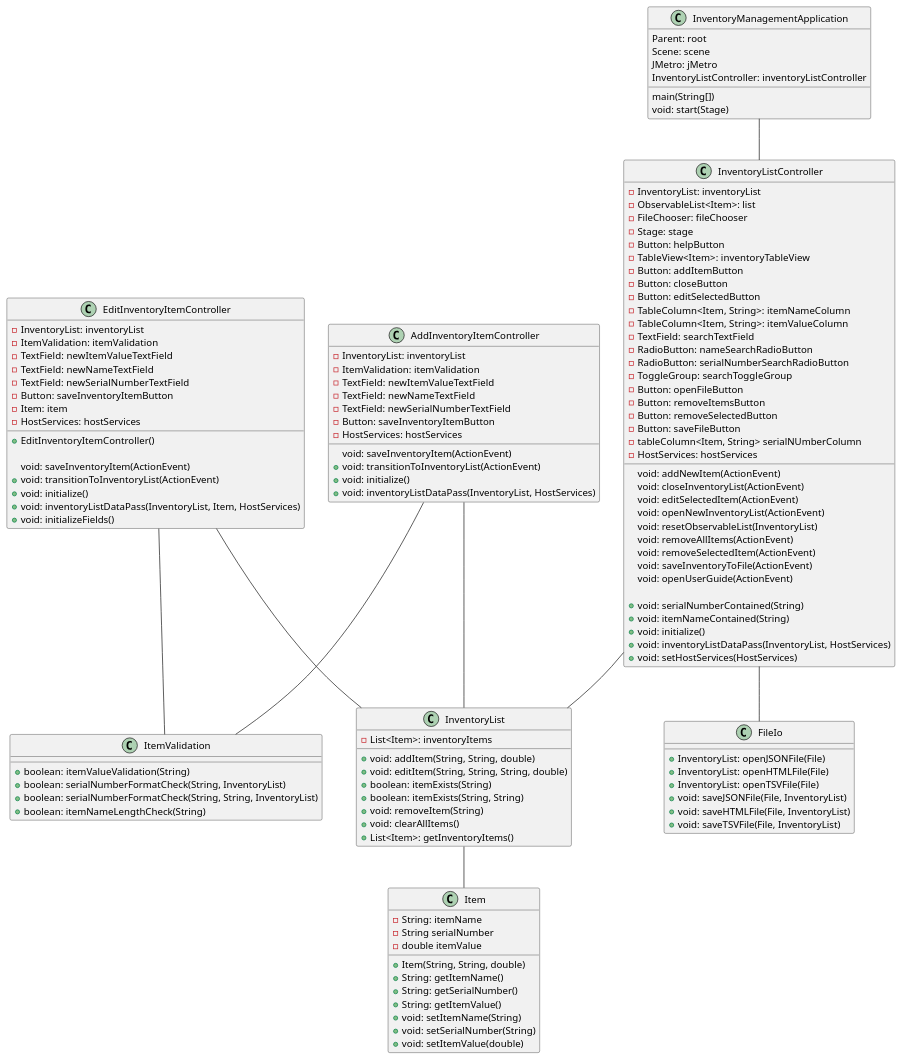
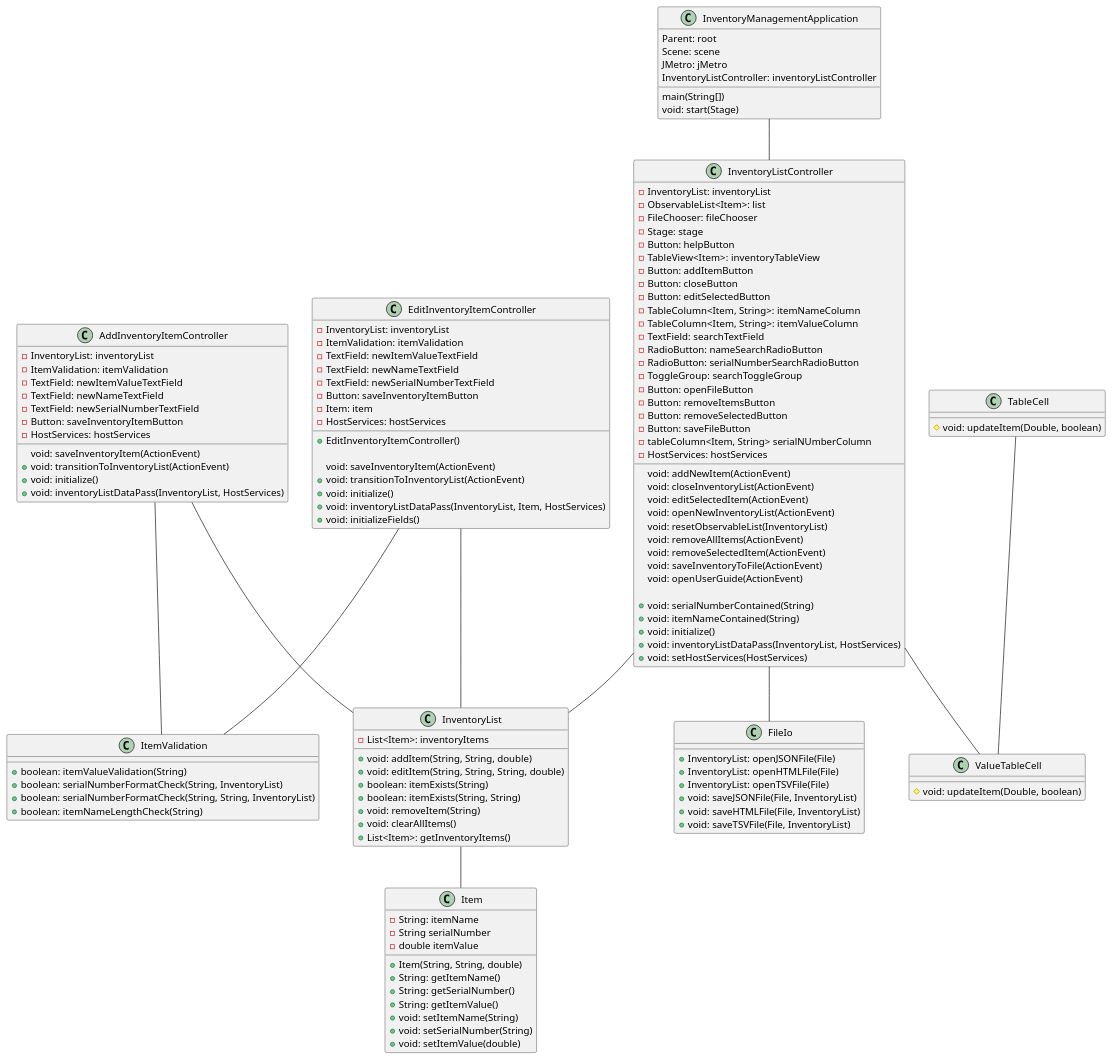
Before and after one commit to CapOregon9/bagherzadeh-app2: the diagram in docs/classes.puml, drawn with PlantUML. The commit also changed 6 other files, not shown here.

Commit message:
Properly changed the formatting of the value column in the table view through setting the cell factory.

```diff
--- a/docs/classes.puml
+++ b/docs/classes.puml
@@ -1,135 +1,145 @@
 @startuml
 AddInventoryItemController -- InventoryList
 AddInventoryItemController -- ItemValidation
 EditInventoryItemController -- InventoryList
 EditInventoryItemController -- ItemValidation
 InventoryListController -- InventoryList
 InventoryListController -- FileIo
 InventoryManagementApplication -- InventoryListController
 InventoryList -- Item
+InventoryListController -- ValueTableCell
+TableCell -- ValueTableCell
 
 class AddInventoryItemController {
     -InventoryList: inventoryList
     -ItemValidation: itemValidation
     -TextField: newItemValueTextField
     -TextField: newNameTextField
     -TextField: newSerialNumberTextField
     -Button: saveInventoryItemButton
     -HostServices: hostServices
 
     void: saveInventoryItem(ActionEvent)
     +void: transitionToInventoryList(ActionEvent)
     +void: initialize()
     +void: inventoryListDataPass(InventoryList, HostServices)
 }
 
 class EditInventoryItemController {
     -InventoryList: inventoryList
     -ItemValidation: itemValidation
     -TextField: newItemValueTextField
     -TextField: newNameTextField
     -TextField: newSerialNumberTextField
     -Button: saveInventoryItemButton
     -Item: item
     -HostServices: hostServices
 
     +EditInventoryItemController()
 
     void: saveInventoryItem(ActionEvent)
     +void: transitionToInventoryList(ActionEvent)
     +void: initialize()
     +void: inventoryListDataPass(InventoryList, Item, HostServices)
     +void: initializeFields()
 }
 
 class FileIo {
     +InventoryList: openJSONFile(File)
     +InventoryList: openHTMLFile(File)
     +InventoryList: openTSVFile(File)
     +void: saveJSONFile(File, InventoryList)
     +void: saveHTMLFile(File, InventoryList)
     +void: saveTSVFile(File, InventoryList)
 }
 
 class InventoryList {
     -List<Item>: inventoryItems
 
     +void: addItem(String, String, double)
     +void: editItem(String, String, String, double)
     +boolean: itemExists(String)
     +boolean: itemExists(String, String)
     +void: removeItem(String)
     +void: clearAllItems()
     +List<Item>: getInventoryItems()
 }
 
 class InventoryListController {
     -InventoryList: inventoryList
     -ObservableList<Item>: list
     -FileChooser: fileChooser
     -Stage: stage
     -Button: helpButton
     -TableView<Item>: inventoryTableView
     -Button: addItemButton
     -Button: closeButton
     -Button: editSelectedButton
     -TableColumn<Item, String>: itemNameColumn
     -TableColumn<Item, String>: itemValueColumn
     -TextField: searchTextField
     -RadioButton: nameSearchRadioButton
     -RadioButton: serialNumberSearchRadioButton
     -ToggleGroup: searchToggleGroup
     -Button: openFileButton
     -Button: removeItemsButton
     -Button: removeSelectedButton
     -Button: saveFileButton
     -tableColumn<Item, String> serialNUmberColumn
     -HostServices: hostServices
 
     void: addNewItem(ActionEvent)
     void: closeInventoryList(ActionEvent)
     void: editSelectedItem(ActionEvent)
     void: openNewInventoryList(ActionEvent)
     void: resetObservableList(InventoryList)
     void: removeAllItems(ActionEvent)
     void: removeSelectedItem(ActionEvent)
     void: saveInventoryToFile(ActionEvent)
     void: openUserGuide(ActionEvent)
 
     +void: serialNumberContained(String)
     +void: itemNameContained(String)
     +void: initialize()
     +void: inventoryListDataPass(InventoryList, HostServices)
     +void: setHostServices(HostServices)
 }
 
 class InventoryManagementApplication {
     main(String[])
     void: start(Stage)
     Parent: root
     Scene: scene
     JMetro: jMetro
     InventoryListController: inventoryListController
 }
 
 class Item {
     -String: itemName
     -String serialNumber
     -double itemValue
 
     +Item(String, String, double)
     +String: getItemName()
     +String: getSerialNumber()
     +String: getItemValue()
     +void: setItemName(String)
     +void: setSerialNumber(String)
     +void: setItemValue(double)
 }
 
 class ItemValidation {
     +boolean: itemValueValidation(String)
     +boolean: serialNumberFormatCheck(String, InventoryList)
     +boolean: serialNumberFormatCheck(String, String, InventoryList)
     +boolean: itemNameLengthCheck(String)
 }
+
+class ValueTableCell {
+    #void: updateItem(Double, boolean)
+}
+
+class TableCell {
+    #void: updateItem(Double, boolean)
+}
 @enduml
```
